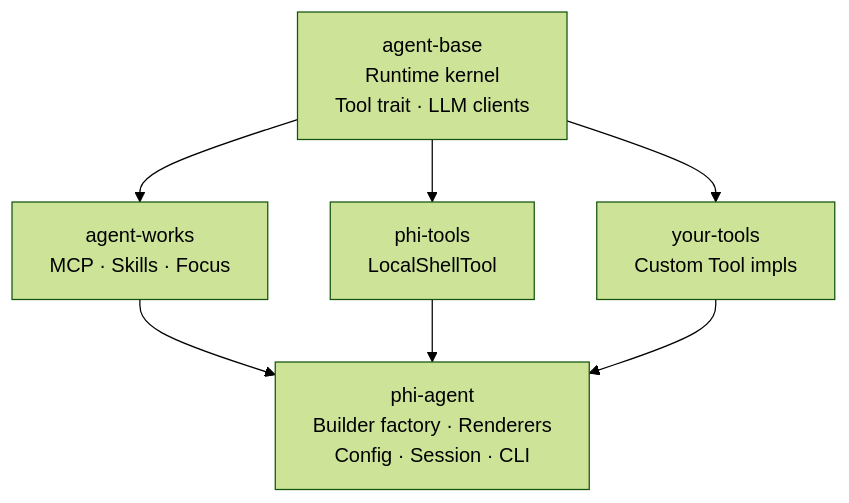
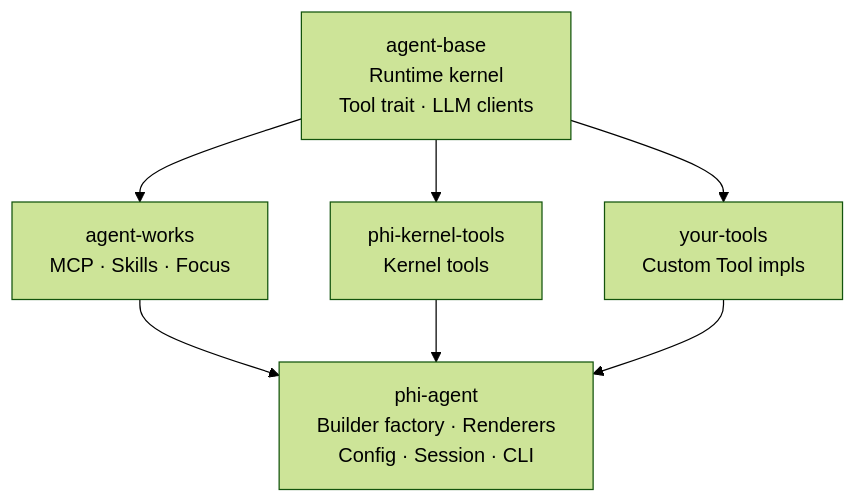
The diagram in docs/en/index.md (chenkangzeng1/agent-base), drawn with Mermaid (forest theme) before and after one commit. The commit also changed other lines of this file and 3 other files, not shown here.

````diff
--- a/docs/en/index.md
+++ b/docs/en/index.md
@@ -59,14 +59,14 @@
 ```mermaid
 graph TB
     AB[agent-base<br/>Runtime kernel<br/>Tool trait · LLM clients]
 
     AB --> AW[agent-works<br/>MCP · Skills · Focus]
-    AB --> PT[phi-tools<br/>LocalShellTool]
+    AB --> PKT[phi-kernel-tools<br/>Kernel tools]
     AB --> YT[your-tools<br/>Custom Tool impls]
 
     AW --> PA
-    PT --> PA
+    PKT --> PA
     YT --> PA
 
     PA[phi-agent<br/>Builder factory · Renderers<br/>Config · Session · CLI]
 ```
````
